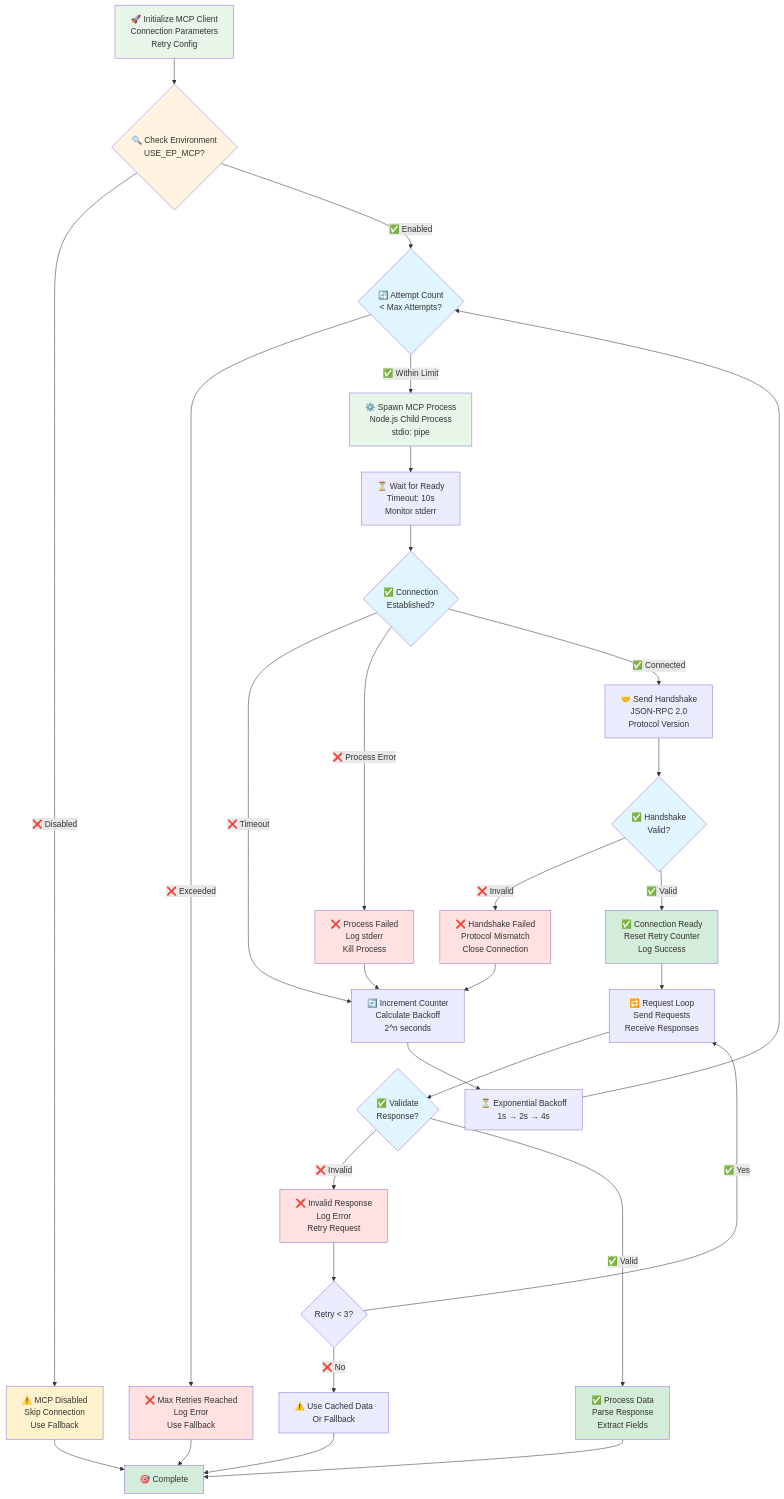
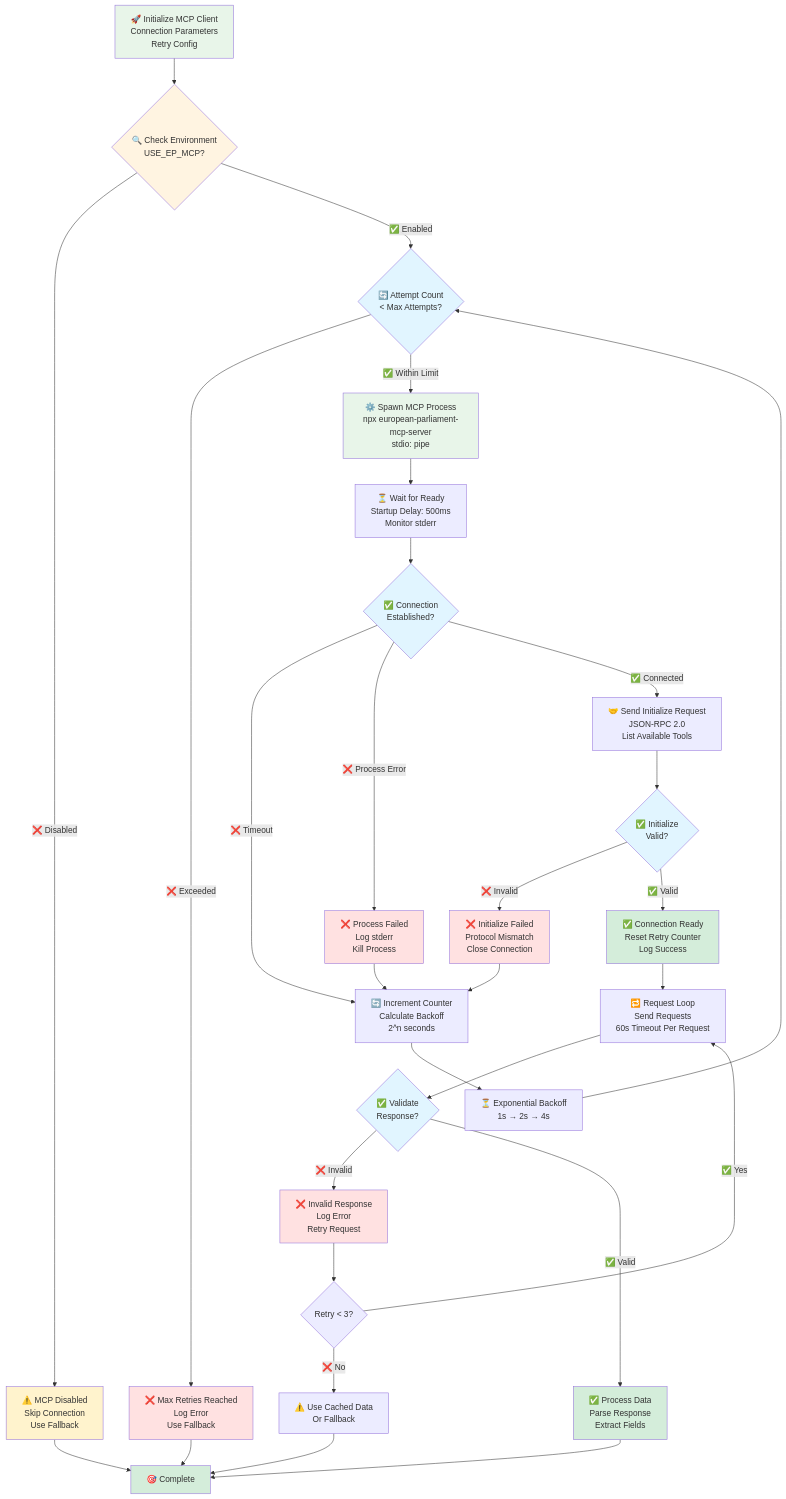
The fourth of 11 diagrams in FLOWCHART.md (Hack23/euparliamentmonitor), drawn with Mermaid before and after one commit. The commit also changed other lines of this file, not shown here.

First line of the commit message:
docs: update FLOWCHART.md to match actual process flows

````diff
--- a/FLOWCHART.md
+++ b/FLOWCHART.md
@@ -303,62 +316,62 @@
 ```mermaid
 flowchart TD
     Start[🚀 Initialize MCP Client<br/>Connection Parameters<br/>Retry Config] --> CheckEnv{🔍 Check Environment<br/>USE_EP_MCP?}
 
     CheckEnv -->|❌ Disabled| DisabledMode[⚠️ MCP Disabled<br/>Skip Connection<br/>Use Fallback]
     CheckEnv -->|✅ Enabled| AttemptCount{🔄 Attempt Count<br/>< Max Attempts?}
 
     AttemptCount -->|❌ Exceeded| MaxRetries[❌ Max Retries Reached<br/>Log Error<br/>Use Fallback]
-    AttemptCount -->|✅ Within Limit| SpawnProcess[⚙️ Spawn MCP Process<br/>Node.js Child Process<br/>stdio: pipe]
+    AttemptCount -->|✅ Within Limit| SpawnProcess[⚙️ Spawn MCP Process<br/>npx european-parliament-mcp-server<br/>stdio: pipe]
 
-    SpawnProcess --> WaitConnection[⏳ Wait for Ready<br/>Timeout: 10s<br/>Monitor stderr]
+    SpawnProcess --> WaitConnection[⏳ Wait for Ready<br/>Startup Delay: 500ms<br/>Monitor stderr]
 
     WaitConnection --> ConnectionCheck{✅ Connection<br/>Established?}
 
     ConnectionCheck -->|❌ Timeout| IncrementRetry[🔄 Increment Counter<br/>Calculate Backoff<br/>2^n seconds]
     IncrementRetry --> BackoffWait[⏳ Exponential Backoff<br/>1s → 2s → 4s]
     BackoffWait --> AttemptCount
 
     ConnectionCheck -->|❌ Process Error| ProcessError[❌ Process Failed<br/>Log stderr<br/>Kill Process]
     ProcessError --> IncrementRetry
 
-    ConnectionCheck -->|✅ Connected| SendHandshake[🤝 Send Handshake<br/>JSON-RPC 2.0<br/>Protocol Version]
+    ConnectionCheck -->|✅ Connected| SendHandshake[🤝 Send Initialize Request<br/>JSON-RPC 2.0<br/>List Available Tools]
 
-    SendHandshake --> HandshakeCheck{✅ Handshake<br/>Valid?}
+    SendHandshake --> HandshakeCheck{✅ Initialize<br/>Valid?}
 
-    HandshakeCheck -->|❌ Invalid| HandshakeFail[❌ Handshake Failed<br/>Protocol Mismatch<br/>Close Connection]
+    HandshakeCheck -->|❌ Invalid| HandshakeFail[❌ Initialize Failed<br/>Protocol Mismatch<br/>Close Connection]
     HandshakeFail --> IncrementRetry
 
     HandshakeCheck -->|✅ Valid| Authenticated[✅ Connection Ready<br/>Reset Retry Counter<br/>Log Success]
 
-    Authenticated --> RequestLoop[🔁 Request Loop<br/>Send Requests<br/>Receive Responses]
+    Authenticated --> RequestLoop[🔁 Request Loop<br/>Send Requests<br/>60s Timeout Per Request]
 
     RequestLoop --> ValidateResponse{✅ Validate<br/>Response?}
 
     ValidateResponse -->|❌ Invalid| ResponseError[❌ Invalid Response<br/>Log Error<br/>Retry Request]
     ResponseError --> RetryRequest{Retry < 3?}
     RetryRequest -->|✅ Yes| RequestLoop
     RetryRequest -->|❌ No| UseCached[⚠️ Use Cached Data<br/>Or Fallback]
 
     ValidateResponse -->|✅ Valid| ProcessData[✅ Process Data<br/>Parse Response<br/>Extract Fields]
 
     DisabledMode --> End[🎯 Complete]
     MaxRetries --> End
     UseCached --> End
     ProcessData --> End
 
     style Start fill:#e8f5e9
     style CheckEnv fill:#fff4e1
     style AttemptCount fill:#e1f5ff
     style SpawnProcess fill:#e8f5e9
     style ConnectionCheck fill:#e1f5ff
     style HandshakeCheck fill:#e1f5ff
     style ValidateResponse fill:#e1f5ff
     style Authenticated fill:#d4edda
     style ProcessData fill:#d4edda
     style DisabledMode fill:#fff3cd
     style MaxRetries fill:#ffe1e1
     style ProcessError fill:#ffe1e1
     style HandshakeFail fill:#ffe1e1
     style ResponseError fill:#ffe1e1
     style End fill:#d4edda
 ```
````
